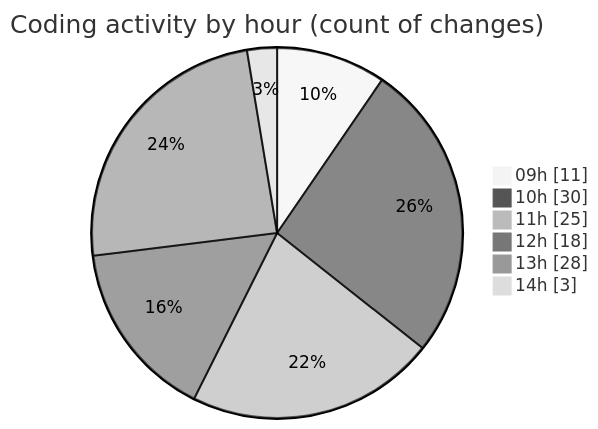
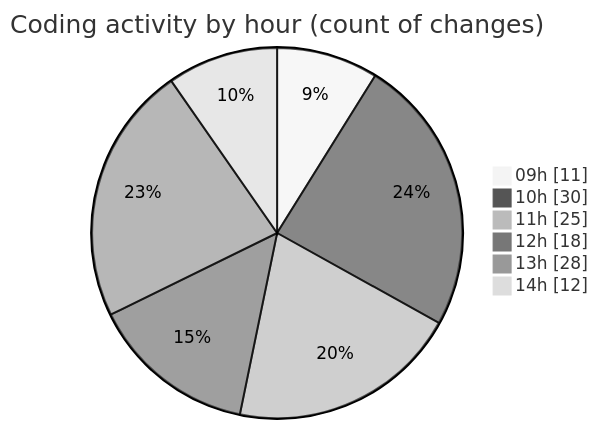
Before and after one commit to momahboobian/code-tracking: the second of 2 diagrams in 2025-06-24/cda/README.md, drawn with Mermaid (neutral theme). The commit also changed other lines of this file and 1 other file, not shown here.

````diff
--- a/2025-06-24/cda/README.md
+++ b/2025-06-24/cda/README.md
@@ -32,10 +32,10 @@
 ```mermaid
 pie showData
 title Coding activity by hour (count of changes)
 "09h" : 11
 "10h" : 30
 "11h" : 25
 "12h" : 18
 "13h" : 28
-"14h" : 3
+"14h" : 12
 ```
````
